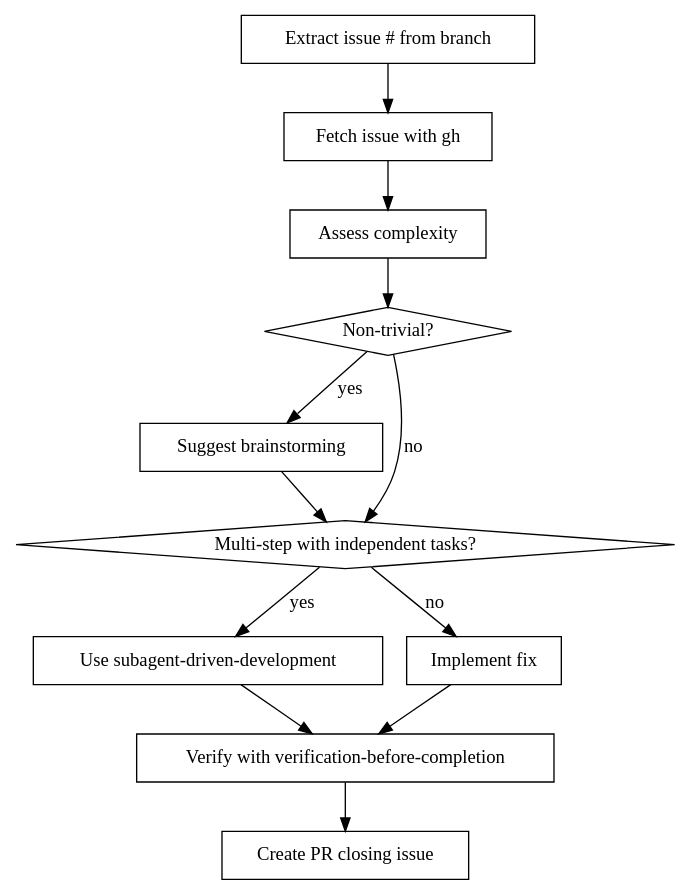
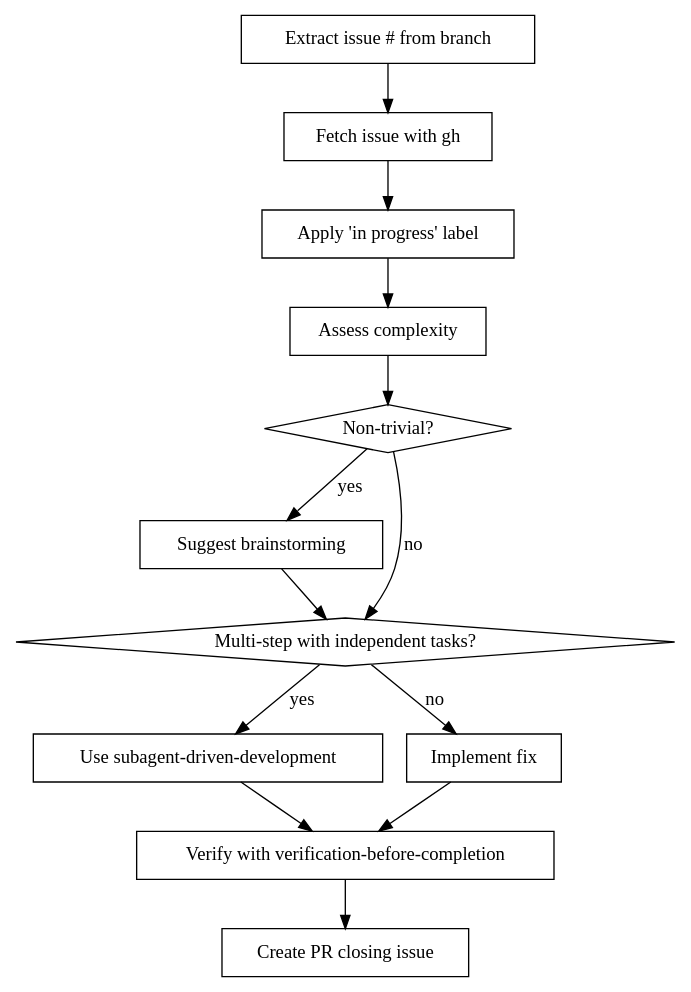
The diagram in commands/fix-gh-issue.md (oalders/kitchen-sink), drawn with Graphviz before and after one commit. The commit also changed other lines of this file, not shown here.

First line of the commit message:
Add 'in progress' label step to fix-gh-issue command

````diff
--- a/commands/fix-gh-issue.md
+++ b/commands/fix-gh-issue.md
@@ -27,26 +27,28 @@
 ```dot
 digraph fix_issue {
     "Extract issue # from branch" [shape=box];
     "Fetch issue with gh" [shape=box];
+    "Apply 'in progress' label" [shape=box];
     "Assess complexity" [shape=box];
     "Non-trivial?" [shape=diamond];
     "Suggest brainstorming" [shape=box];
     "Multi-step with independent tasks?" [shape=diamond];
     "Use subagent-driven-development" [shape=box];
     "Implement fix" [shape=box];
     "Verify with verification-before-completion" [shape=box];
     "Create PR closing issue" [shape=box];
 
     "Extract issue # from branch" -> "Fetch issue with gh";
-    "Fetch issue with gh" -> "Assess complexity";
+    "Fetch issue with gh" -> "Apply 'in progress' label";
+    "Apply 'in progress' label" -> "Assess complexity";
     "Assess complexity" -> "Non-trivial?";
     "Non-trivial?" -> "Suggest brainstorming" [label="yes"];
     "Non-trivial?" -> "Multi-step with independent tasks?" [label="no"];
     "Suggest brainstorming" -> "Multi-step with independent tasks?";
     "Multi-step with independent tasks?" -> "Use subagent-driven-development" [label="yes"];
     "Multi-step with independent tasks?" -> "Implement fix" [label="no"];
     "Use subagent-driven-development" -> "Verify with verification-before-completion";
     "Implement fix" -> "Verify with verification-before-completion";
     "Verify with verification-before-completion" -> "Create PR closing issue";
 }
 ```
````
